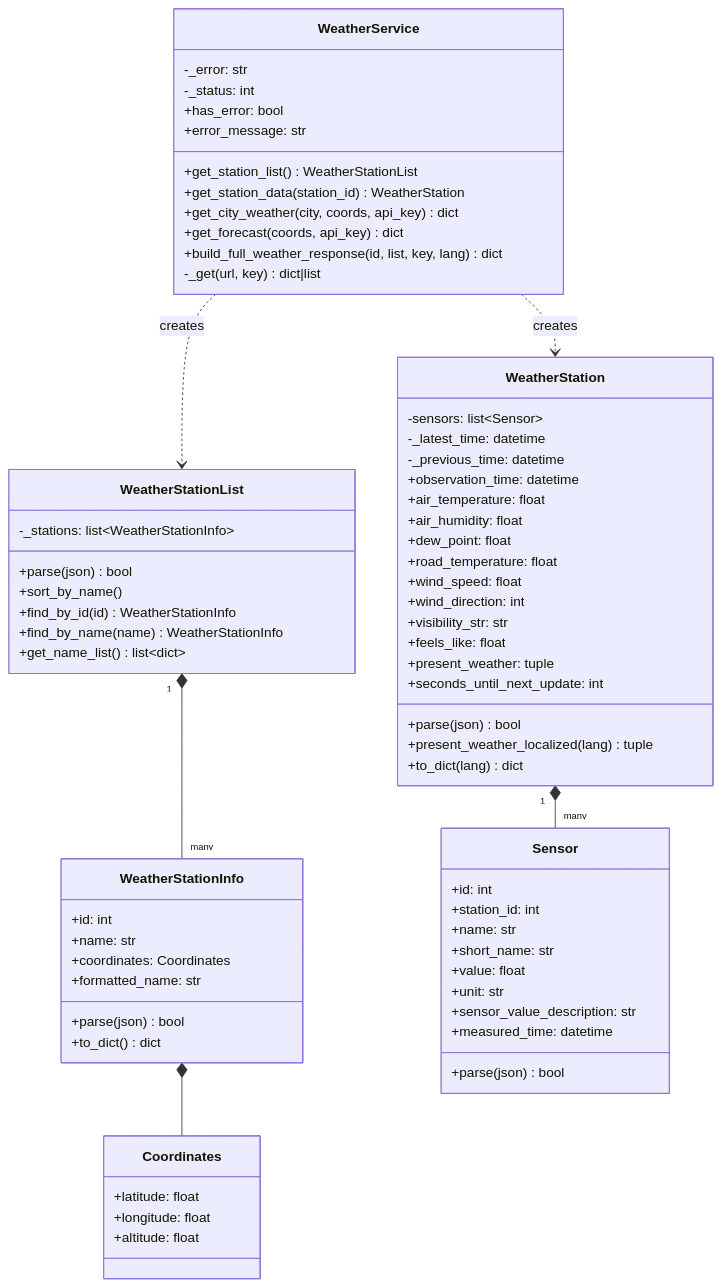
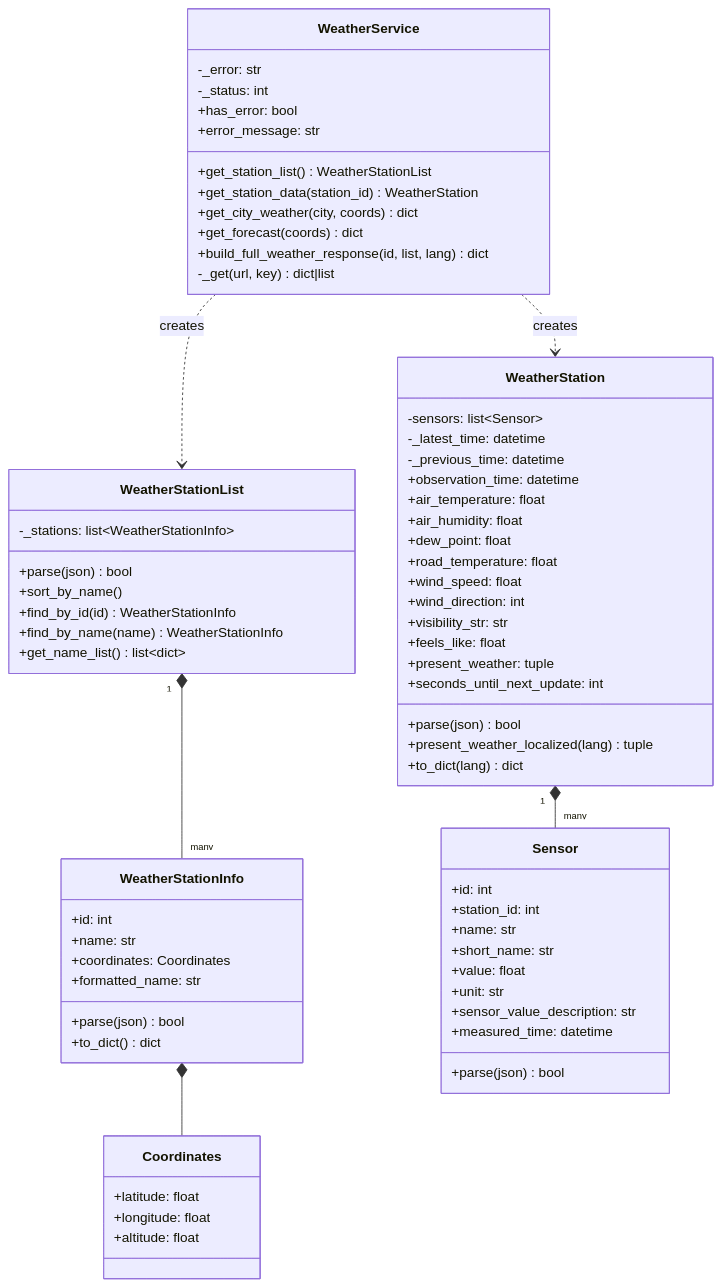
One commit to jjankkil/weatherview-django changed the second of 10 diagrams in docs/ARCHITECTURE.md. Above: the diagram before and after it, drawn with Mermaid. The commit also changed other lines of this file and 14 other files, not shown here.

Commit message:
Move OpenWeatherMap API key to server-side config, add IP rate limiting, fix Nginx proxy setup

````diff
--- a/docs/ARCHITECTURE.md
+++ b/docs/ARCHITECTURE.md
@@ -89,77 +89,77 @@
 ```mermaid
 classDiagram
     class WeatherService {
         -_error: str
         -_status: int
         +has_error: bool
         +error_message: str
         +get_station_list() WeatherStationList
         +get_station_data(station_id) WeatherStation
-        +get_city_weather(city, coords, api_key) dict
-        +get_forecast(coords, api_key) dict
-        +build_full_weather_response(id, list, key, lang) dict
+        +get_city_weather(city, coords) dict
+        +get_forecast(coords) dict
+        +build_full_weather_response(id, list, lang) dict
         -_get(url, key) dict|list
     }
 
     class WeatherStationList {
         -_stations: list~WeatherStationInfo~
         +parse(json) bool
         +sort_by_name()
         +find_by_id(id) WeatherStationInfo
         +find_by_name(name) WeatherStationInfo
         +get_name_list() list~dict~
     }
 
     class WeatherStationInfo {
         +id: int
         +name: str
         +coordinates: Coordinates
         +formatted_name: str
         +parse(json) bool
         +to_dict() dict
     }
 
     class Coordinates {
         +latitude: float
         +longitude: float
         +altitude: float
     }
 
     class WeatherStation {
         -sensors: list~Sensor~
         -_latest_time: datetime
         -_previous_time: datetime
         +parse(json) bool
         +observation_time: datetime
         +air_temperature: float
         +air_humidity: float
         +dew_point: float
         +road_temperature: float
         +wind_speed: float
         +wind_direction: int
         +visibility_str: str
         +feels_like: float
         +present_weather: tuple
         +present_weather_localized(lang) tuple
         +seconds_until_next_update: int
         +to_dict(lang) dict
     }
 
     class Sensor {
         +id: int
         +station_id: int
         +name: str
         +short_name: str
         +value: float
         +unit: str
         +sensor_value_description: str
         +measured_time: datetime
         +parse(json) bool
     }
 
     WeatherService ..> WeatherStationList : creates
     WeatherService ..> WeatherStation : creates
     WeatherStationList "1" *-- "many" WeatherStationInfo
     WeatherStationInfo *-- Coordinates
     WeatherStation "1" *-- "many" Sensor
 ```
````
